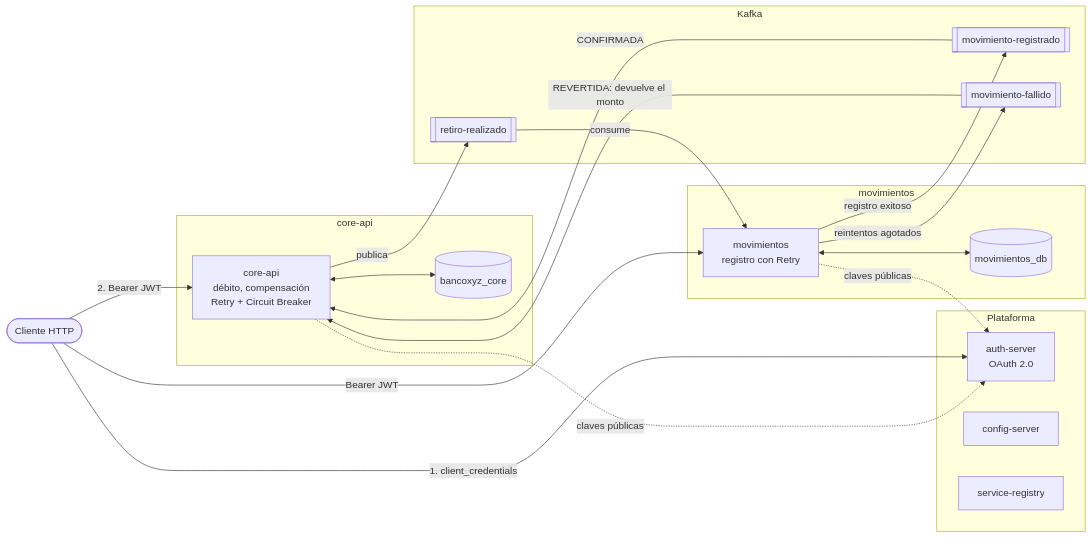
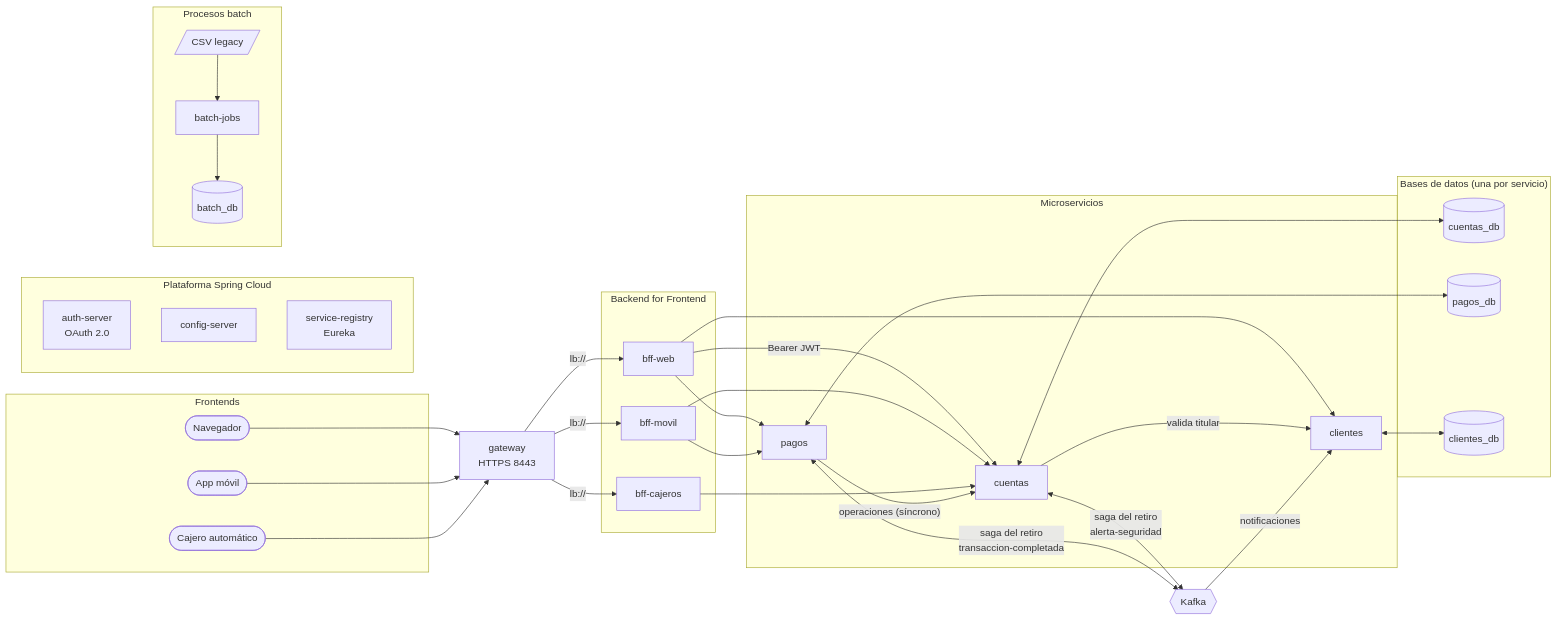
One commit to dcruz-00/pby2203-bancoxyz-microservicios changed the diagram in README.md. Above: the diagram before and after it, drawn with Mermaid. The commit also changed other lines of this file and 2 other files, not shown here.

````diff
--- a/README.md
+++ b/README.md
@@ -37,41 +20,69 @@
 ```mermaid
 flowchart LR
-    Cliente([Cliente HTTP])
-
-    subgraph plataforma["Plataforma"]
-        Auth[auth-server<br/>OAuth 2.0]
-        Config[config-server]
-        Eureka[service-registry]
+    subgraph canales["Frontends"]
+        W([Navegador])
+        M([App móvil])
+        C([Cajero automático])
     end
 
-    subgraph core["core-api"]
-        CoreAPI[core-api<br/>débito, compensación<br/>Retry + Circuit Breaker]
-        DBCore[(bancoxyz_core)]
+    GW[gateway<br/>HTTPS 8443]
+
+    subgraph bff["Backend for Frontend"]
+        BW[bff-web]
+        BM[bff-movil]
+        BC[bff-cajeros]
     end
 
-    subgraph kafka["Kafka"]
-        T1[[retiro-realizado]]
-        T2[[movimiento-registrado]]
-        T3[[movimiento-fallido]]
+    subgraph ms["Microservicios"]
+        CU[cuentas]
+        PA[pagos]
+        CL[clientes]
     end
 
-    subgraph mov["movimientos"]
-        Mov[movimientos<br/>registro con Retry]
-        DBMov[(movimientos_db)]
+    subgraph datos["Bases de datos (una por servicio)"]
+        DCU[(cuentas_db)]
+        DPA[(pagos_db)]
+        DCL[(clientes_db)]
     end
 
-    Cliente -- "1. client_credentials" --> Auth
-    Cliente -- "2. Bearer JWT" --> CoreAPI
-    Cliente -- "Bearer JWT" --> Mov
-    CoreAPI -. "claves públicas" .-> Auth
-    Mov -. "claves públicas" .-> Auth
+    K{{Kafka}}
 
-    CoreAPI <--> DBCore
-    CoreAPI -- publica --> T1
-    T1 -- consume --> Mov
-    Mov <--> DBMov
-    Mov -- registro exitoso --> T2
-    Mov -- reintentos agotados --> T3
-    T2 -- CONFIRMADA --> CoreAPI
-    T3 -- "REVERTIDA: devuelve el monto" --> CoreAPI
+    subgraph plataforma["Plataforma Spring Cloud"]
+        AUTH[auth-server<br/>OAuth 2.0]
+        CFG[config-server]
+        EU[service-registry<br/>Eureka]
+    end
+
+    subgraph batch["Procesos batch"]
+        BJ[batch-jobs]
+        DB[(batch_db)]
+        CSV[/CSV legacy/]
+    end
+
+    W --> GW
+    M --> GW
+    C --> GW
+    GW -- "lb://" --> BW
+    GW -- "lb://" --> BM
+    GW -- "lb://" --> BC
+
+    BW -- "Bearer JWT" --> CU
+    BW --> PA
+    BW --> CL
+    BM --> CU
+    BM --> PA
+    BC --> CU
+
+    PA -- "operaciones (síncrono)" --> CU
+    CU -- "valida titular" --> CL
+
+    CU <--> DCU
+    PA <--> DPA
+    CL <--> DCL
+
+    CU <-- "saga del retiro<br/>alerta-seguridad" --> K
+    PA <-- "saga del retiro<br/>transaccion-completada" --> K
+    K -- "notificaciones" --> CL
+
+    CSV --> BJ --> DB
 ```
````
